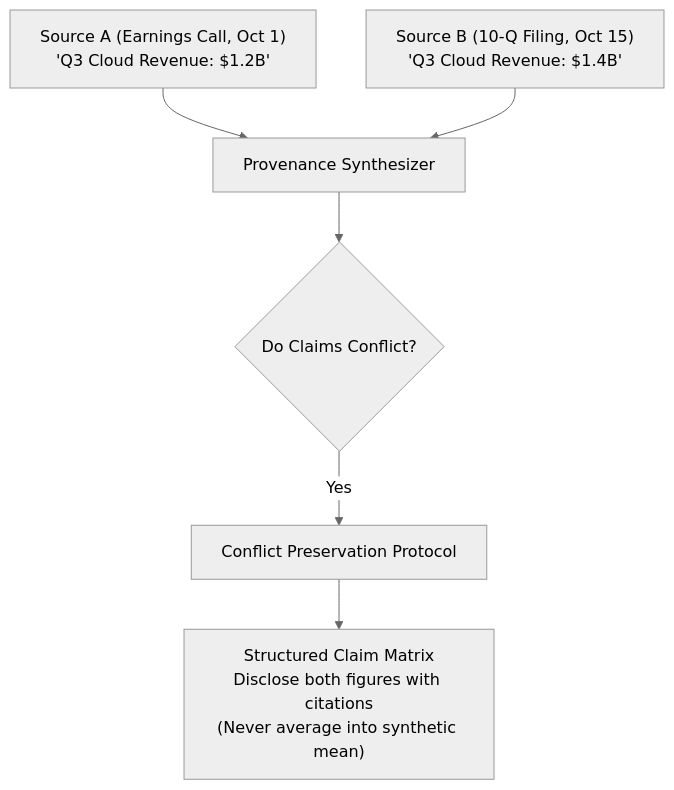
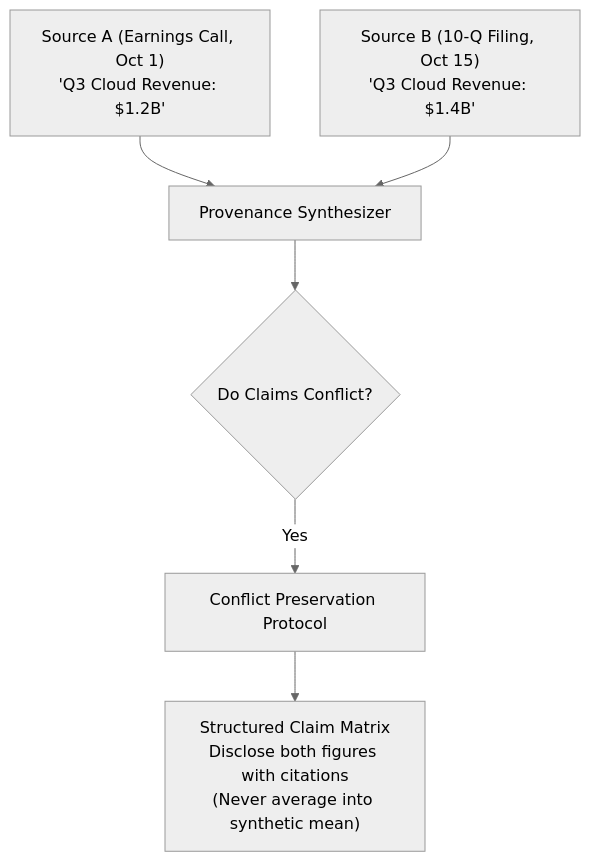
The diagram in domain5/ts_5_6_provenance_and_uncertainty/README.md (dip4k/claude_cert_architect_foundation_prep), drawn with Mermaid (neutral theme) before and after one commit. The commit also changed other lines of this file and 50 other files, not shown here.

Commit message:
docs(domain): complete 30 task statement study guides and enforce October 2026 Mermaid standards

````diff
--- a/domain5/ts_5_6_provenance_and_uncertainty/README.md
+++ b/domain5/ts_5_6_provenance_and_uncertainty/README.md
@@ -10,12 +10,11 @@
 ```mermaid
-%%{init: {"flowchart": {"htmlLabels": true, "wrappingWidth": 250}}}%%
 flowchart TD
-    SourceA["Source A (Earnings Call, Oct 1)<br/>'Q3 Cloud Revenue: $1.2B'"] --> Synthesizer["Provenance Synthesizer"]
-    SourceB["Source B (10-Q Filing, Oct 15)<br/>'Q3 Cloud Revenue: $1.4B'"] --> Synthesizer
+    SourceA["Source A (Earnings Call, Oct 1)<br>'Q3 Cloud Revenue: $1.2B'"] --> Synthesizer["Provenance Synthesizer"]
+    SourceB["Source B (10-Q Filing, Oct 15)<br>'Q3 Cloud Revenue: $1.4B'"] --> Synthesizer
     
     Synthesizer --> ConflictDetector{"Do Claims Conflict?"}
     
-    ConflictDetector -- "Yes" --> PreserveConflict["Conflict Preservation Protocol"]
+    ConflictDetector -->|"Yes"| PreserveConflict["Conflict Preservation Protocol"]
     
-    PreserveConflict --> Out["Structured Claim Matrix<br/>Disclose both figures with citations<br/>(Never average into synthetic mean)"]
+    PreserveConflict --> Out["Structured Claim Matrix<br>Disclose both figures with citations<br>(Never average into synthetic mean)"]
 ```
````
